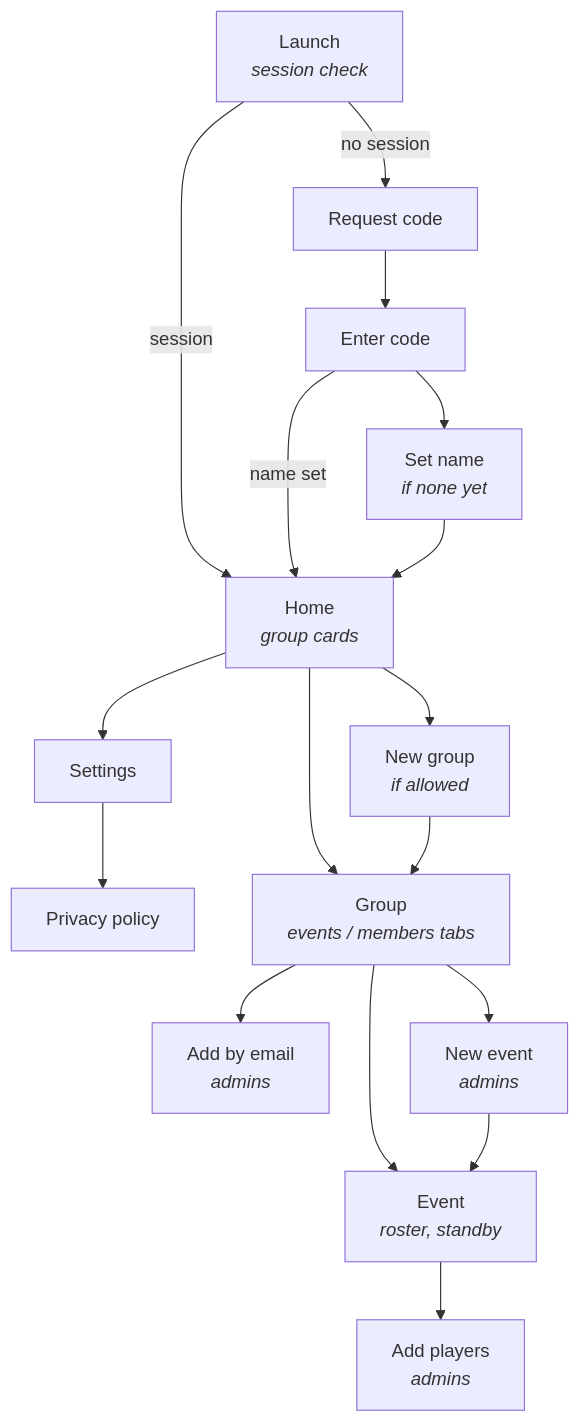
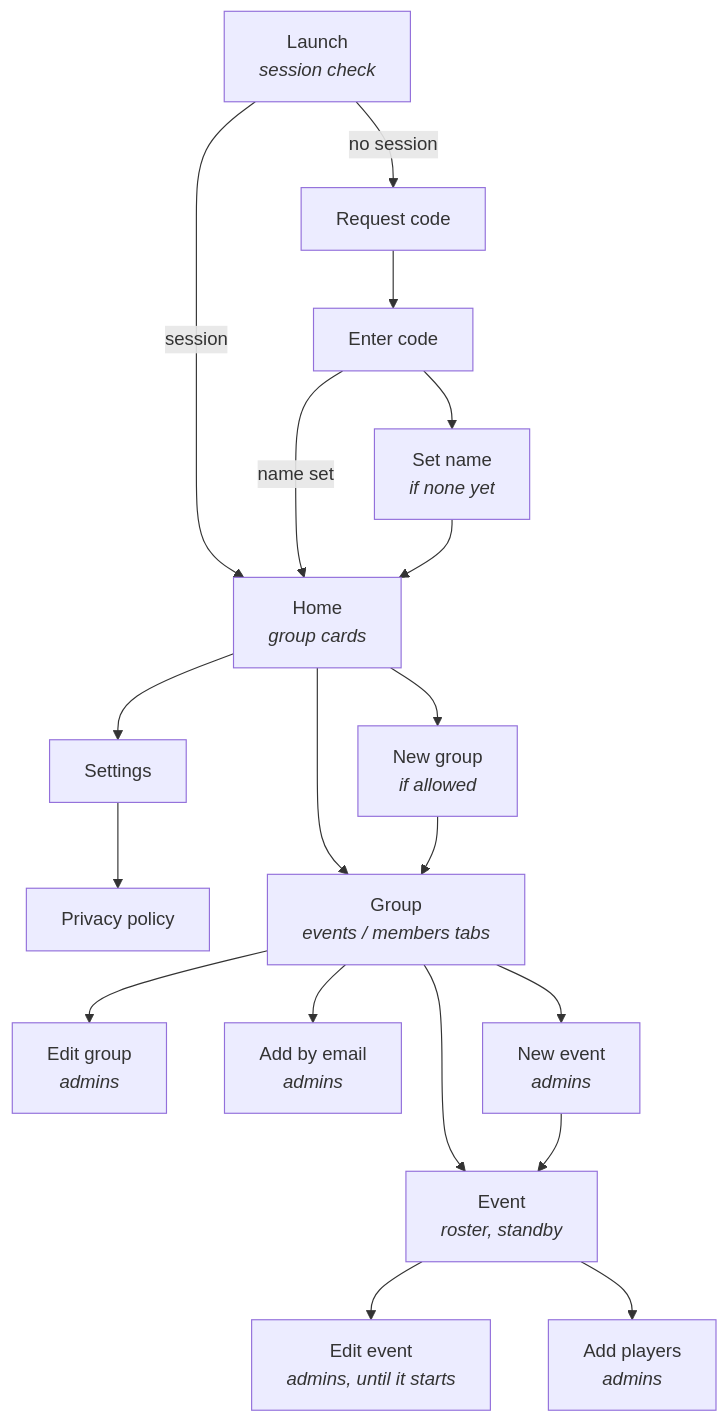
The diagram in docs/SCREENS.md (alirezasobht/Muster), drawn with Mermaid before and after one commit. The commit also changed other lines of this file and 47 other files, not shown here.

Commit message:
Add Edit Group and Edit Event features

````diff
--- a/docs/SCREENS.md
+++ b/docs/SCREENS.md
@@ -12,33 +12,37 @@
 ```mermaid
 flowchart TD
     Launch[Launch<br/><i>session check</i>]
     Request[Request code]
     Enter[Enter code]
     SetName[Set name<br/><i>if none yet</i>]
     Home[Home<br/><i>group cards</i>]
     Settings[Settings]
     Privacy[Privacy policy]
     NewGroup[New group<br/><i>if allowed</i>]
     Group[Group<br/><i>events / members tabs</i>]
+    EditGroup[Edit group<br/><i>admins</i>]
     AddMemberByEmail[Add by email<br/><i>admins</i>]
     NewEvent[New event<br/><i>admins</i>]
     Event[Event<br/><i>roster, standby</i>]
+    EditEvent[Edit event<br/><i>admins, until it starts</i>]
     AddPlayers[Add players<br/><i>admins</i>]
 
     Launch -->|no session| Request
     Launch -->|session| Home
     Request --> Enter
     Enter --> SetName
     Enter -->|name set| Home
     SetName --> Home
     Home --> Settings
     Settings --> Privacy
     Home --> NewGroup
     Home --> Group
     NewGroup --> Group
+    Group --> EditGroup
     Group --> AddMemberByEmail
     Group --> NewEvent
     Group --> Event
     NewEvent --> Event
+    Event --> EditEvent
     Event --> AddPlayers
 ```
````
